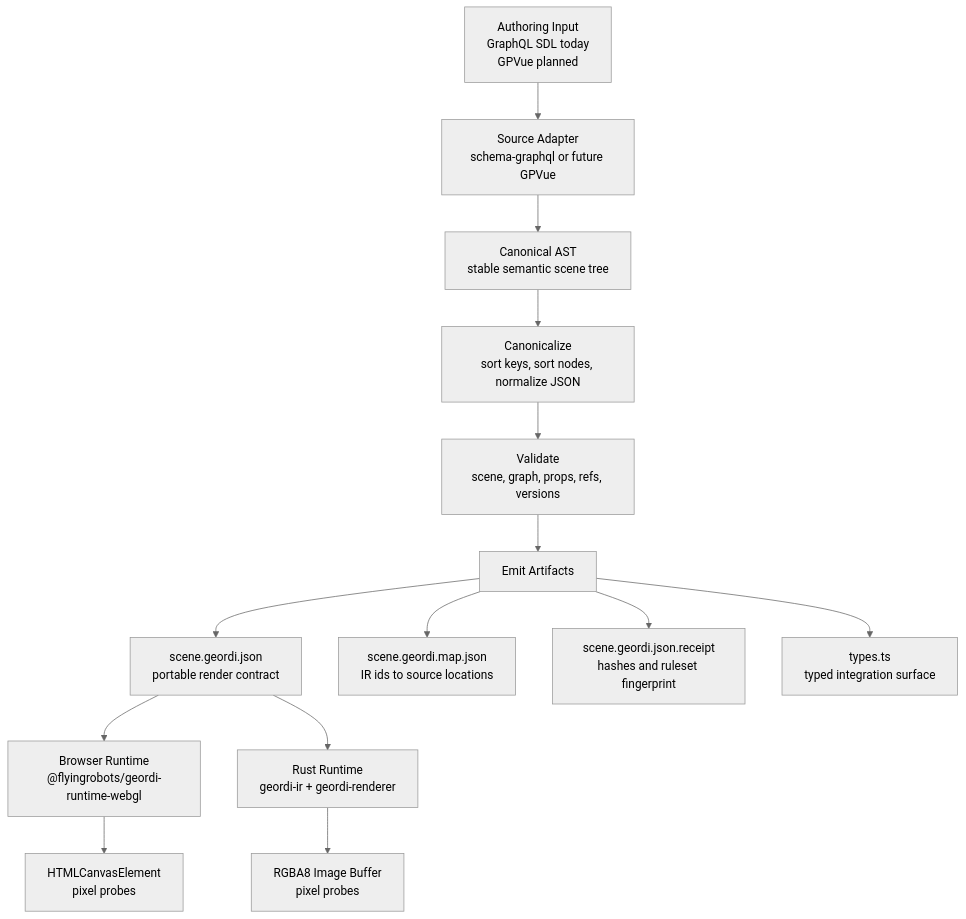
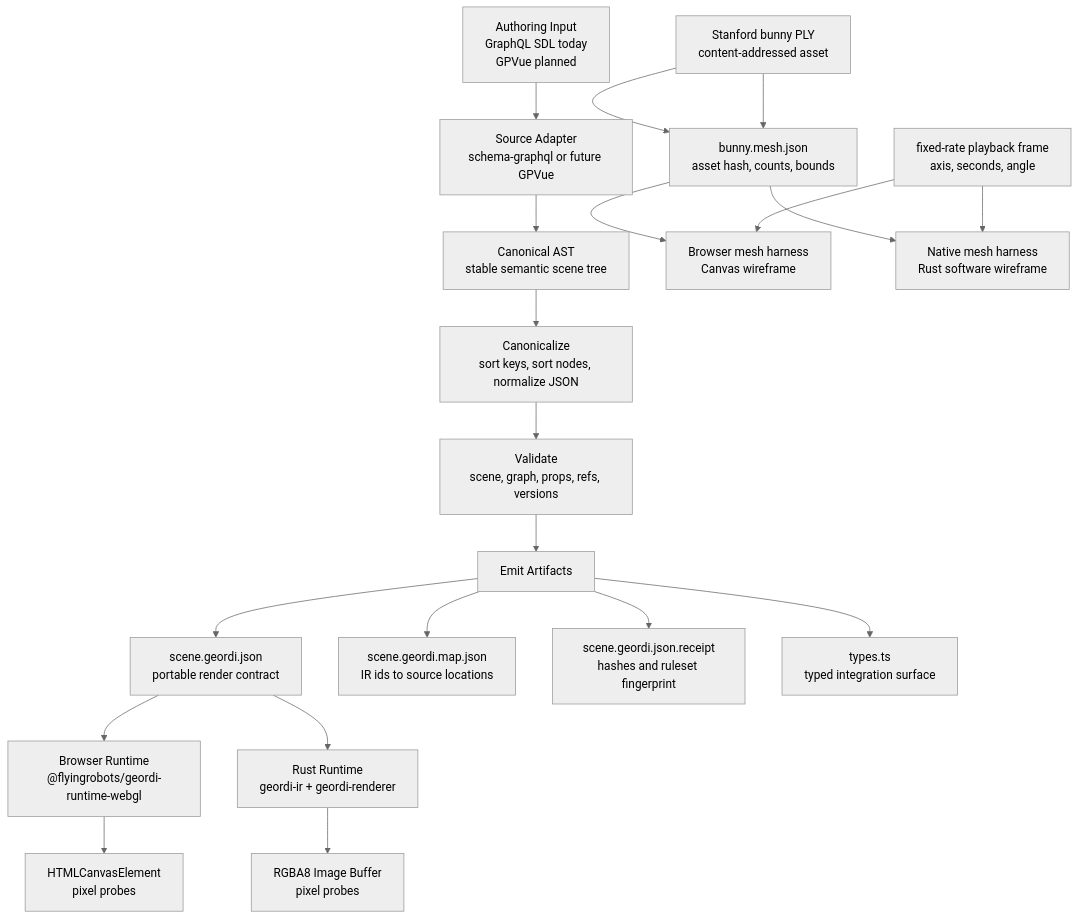
The first of 26 diagrams in docs/end-to-end.md (flyingrobots/geordi), drawn with Mermaid (neutral theme) before and after one commit. The commit also changed other lines of this file, not shown here.

Commit message:
Docs: Update end-to-end bunny pipeline

````diff
--- a/docs/end-to-end.md
+++ b/docs/end-to-end.md
@@ -37,25 +63,34 @@
 ```mermaid
 flowchart TD
   Author["Authoring Input<br/>GraphQL SDL today<br/>GPVue planned"]
   Adapter["Source Adapter<br/>schema-graphql or future GPVue"]
   Ast["Canonical AST<br/>stable semantic scene tree"]
   Normalize["Canonicalize<br/>sort keys, sort nodes, normalize JSON"]
   Validate["Validate<br/>scene, graph, props, refs, versions"]
   Emit["Emit Artifacts"]
   Ir["scene.geordi.json<br/>portable render contract"]
   SourceMap["scene.geordi.map.json<br/>IR ids to source locations"]
   Receipt["scene.geordi.json.receipt<br/>hashes and ruleset fingerprint"]
   Types["types.ts<br/>typed integration surface"]
   Browser["Browser Runtime<br/>@flyingrobots/geordi-runtime-webgl"]
   Native["Rust Runtime<br/>geordi-ir + geordi-renderer"]
   Canvas["HTMLCanvasElement<br/>pixel probes"]
   Image["RGBA8 Image Buffer<br/>pixel probes"]
+  MeshAsset["Stanford bunny PLY<br/>content-addressed asset"]
+  MeshManifest["bunny.mesh.json<br/>asset hash, counts, bounds"]
+  Playback["fixed-rate playback frame<br/>axis, seconds, angle"]
+  BrowserMesh["Browser mesh harness<br/>Canvas wireframe"]
+  NativeMesh["Native mesh harness<br/>Rust software wireframe"]
 
   Author --> Adapter --> Ast --> Normalize --> Validate --> Emit
   Emit --> Ir
   Emit --> SourceMap
   Emit --> Receipt
   Emit --> Types
   Ir --> Browser --> Canvas
   Ir --> Native --> Image
+  MeshAsset --> MeshManifest --> BrowserMesh
+  MeshAsset --> MeshManifest --> NativeMesh
+  Playback --> BrowserMesh
+  Playback --> NativeMesh
 ```
````
